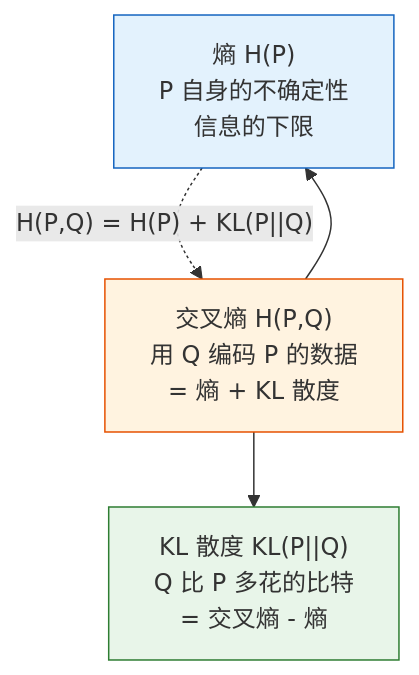
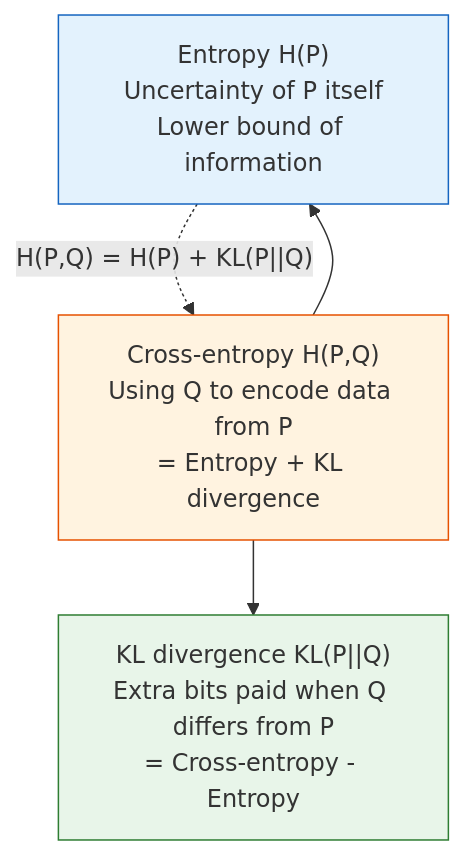
The second of 2 diagrams in docs/ch04-ai-math/ch02-probability/04-information-theory.md (oudbiao/AI-fullstack-course), drawn with Mermaid before and after one commit. The commit also changed other lines of this file and 1406 other files, not shown here.

````diff
--- a/docs/ch04-ai-math/ch02-probability/04-information-theory.md
+++ b/docs/ch04-ai-math/ch02-probability/04-information-theory.md
@@ -486,14 +484,14 @@
 ```mermaid
 flowchart TD
-    H["熵 H(P)<br/>P 自身的不确定性<br/>信息的下限"]
-    CE["交叉熵 H(P,Q)<br/>用 Q 编码 P 的数据<br/>= 熵 + KL 散度"]
-    KL["KL 散度 KL(P||Q)<br/>Q 比 P 多花的比特<br/>= 交叉熵 - 熵"]
+    H["Entropy H(P)<br/>Uncertainty of P itself<br/>Lower bound of information"]
+    CE["Cross-entropy H(P,Q)<br/>Using Q to encode data from P<br/>= Entropy + KL divergence"]
+    KL["KL divergence KL(P||Q)<br/>Extra bits paid when Q differs from P<br/>= Cross-entropy - Entropy"]
 
     CE --> H
     CE --> KL
     H -.->|"H(P,Q) = H(P) + KL(P||Q)"| CE
 
     style H fill:#e3f2fd,stroke:#1565c0,color:#333
     style CE fill:#fff3e0,stroke:#e65100,color:#333
     style KL fill:#e8f5e9,stroke:#2e7d32,color:#333
 ```
````
